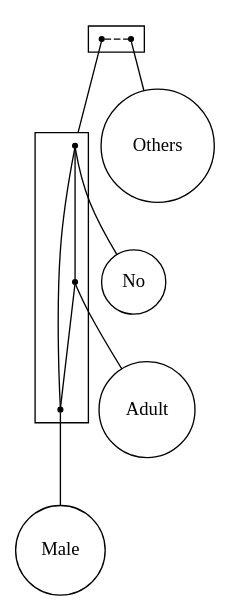
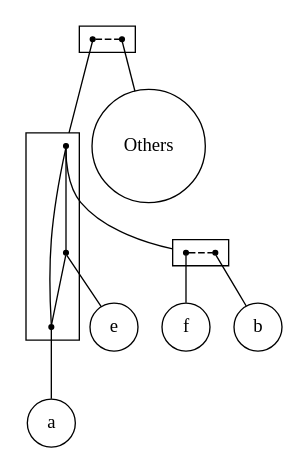
The diagram in src/extension/plain_2-structure_with_threshold.dot (lrodrin/TFG), drawn with Graphviz before and after one commit. The commit also changed 8 other files, not shown here.

```diff
--- a/src/extension/plain_2-structure_with_threshold.dot
+++ b/src/extension/plain_2-structure_with_threshold.dot
@@ -1,29 +1,38 @@
 strict digraph "plain_2-structure_with_threshold" {
 compound=true;
 fontname=Verdana;
 fontsize=12;
 newrank=true;
 node [shape=circle];
 Others;
-No;
-Adult;
-Male;
-subgraph cluster_OthersMaleNoAdult {
+e;
+a;
+f;
+b;
+subgraph cluster_bfOthersea {
 rank=same;
 node [shape=point];
-s_MaleNoAdult -> s_Others  [arrowhead=none, color=black, style=dashed];
+s_aebf -> s_Others  [arrowhead=none, color=black, style=dashed];
 }
 
-subgraph cluster_MaleNoAdult {
+subgraph cluster_aebf {
 node [shape=point];
-s_No -> s_Adult  [arrowhead=none, color=black, style=solid];
-s_No -> s_Male  [arrowhead=none, color=black, style=solid];
-s_Adult -> s_Male  [arrowhead=none, color=black, style=solid];
+s_bf -> s_e  [arrowhead=none, color=black, style=solid];
+s_bf -> s_a  [arrowhead=none, color=black, style=solid];
+s_e -> s_a  [arrowhead=none, color=black, style=solid];
 }
 
-s_MaleNoAdult -> s_No  [arrowhead=none, lhead=cluster_MaleNoAdult];
+subgraph cluster_bf {
+rank=same;
+node [shape=point];
+s_f -> s_b  [arrowhead=none, color=black, style=dashed];
+}
+
+s_aebf -> s_bf  [arrowhead=none, lhead=cluster_aebf];
 s_Others -> Others  [arrowhead=none];
-s_No -> No  [arrowhead=none];
-s_Adult -> Adult  [arrowhead=none];
-s_Male -> Male  [arrowhead=none];
+s_bf -> s_f  [arrowhead=none, lhead=cluster_bf];
+s_e -> e  [arrowhead=none];
+s_a -> a  [arrowhead=none];
+s_f -> f  [arrowhead=none];
+s_b -> b  [arrowhead=none];
 }
```
